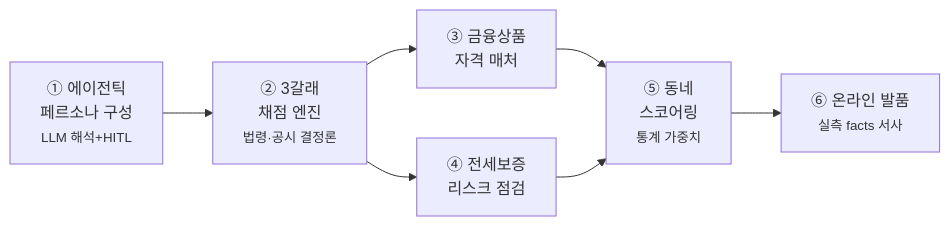
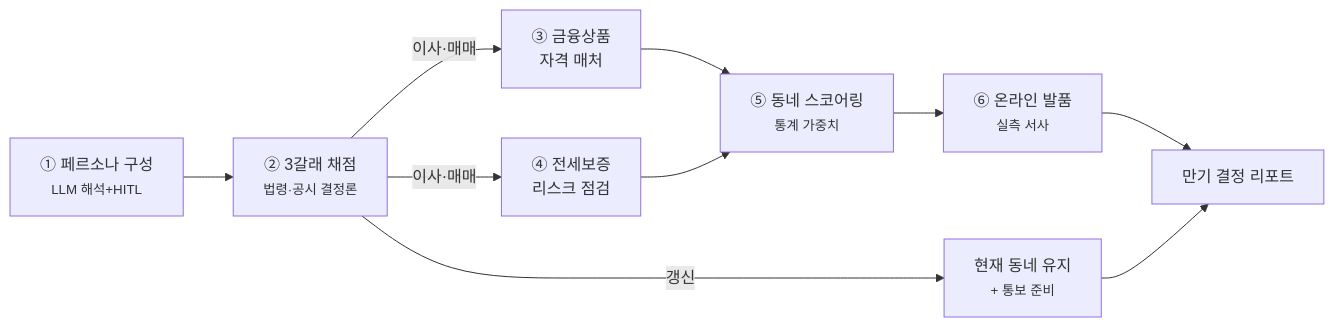
Before and after one commit to kb-manggi-zip/kb-manggi-zip: the diagram in README.md, drawn with Mermaid. The commit also changed other lines of this file and 6 other files, not shown here.

````diff
--- a/README.md
+++ b/README.md
@@ -28,9 +38,12 @@
 ```mermaid
 flowchart LR
-    A["① 에이전틱<br/>페르소나 구성<br/><small>LLM 해석+HITL</small>"] --> B["② 3갈래<br/>채점 엔진<br/><small>법령·공시 결정론</small>"]
-    B --> C["③ 금융상품<br/>자격 매처"]
-    B --> D["④ 전세보증<br/>리스크 점검"]
-    C --> E["⑤ 동네<br/>스코어링<br/><small>통계 가중치</small>"]
+    A["① 페르소나 구성<br/><small>LLM 해석+HITL</small>"] --> B["② 3갈래 채점<br/><small>법령·공시 결정론</small>"]
+    B -->|이사·매매| C["③ 금융상품<br/>자격 매처"]
+    B -->|이사·매매| D["④ 전세보증<br/>리스크 점검"]
+    B -->|갱신| G["현재 동네 유지<br/><small>+ 통보 준비</small>"]
+    C --> E["⑤ 동네 스코어링<br/><small>통계 가중치</small>"]
     D --> E
-    E --> F["⑥ 온라인 발품<br/><small>실측 facts 서사</small>"]
+    E --> F["⑥ 온라인 발품<br/><small>실측 서사</small>"]
+    F --> H["만기 결정 리포트"]
+    G --> H
 ```
````
